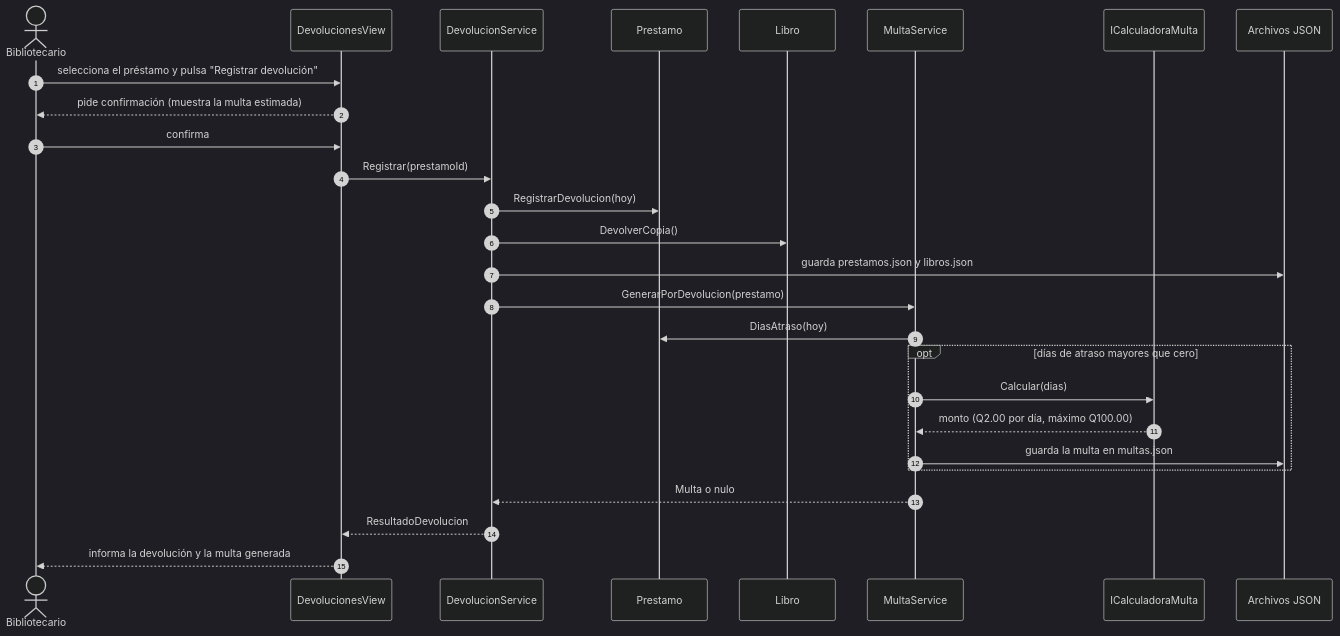
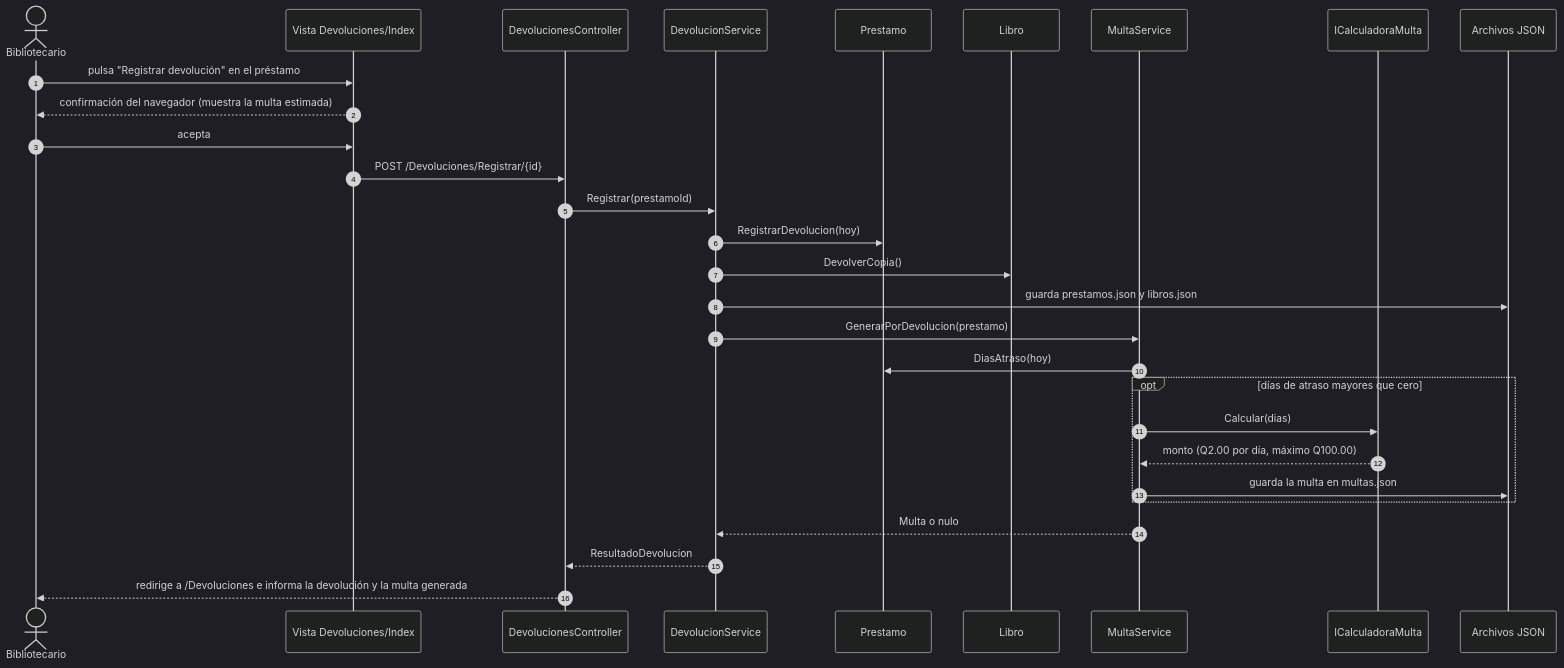
The fifth of 8 diagrams in docs/03-diagramas-uml.md (USPG-Angels-Workspace/sistema-biblioteca), drawn with Mermaid (dark theme) before and after one commit. The commit also changed other lines of this file, not shown here.

Commit message:
docs: actualiza los diagramas de secuencia y arquitectura al patrón MVC y agrega el de controladores

````diff
--- a/docs/03-diagramas-uml.md
+++ b/docs/03-diagramas-uml.md
@@ -310,30 +387,32 @@
 ```mermaid
 sequenceDiagram
     autonumber
     actor B as Bibliotecario
-    participant UI as DevolucionesView
+    participant V as Vista Devoluciones/Index
+    participant C as DevolucionesController
     participant DS as DevolucionService
     participant P as Prestamo
     participant L as Libro
     participant MS as MultaService
-    participant C as ICalculadoraMulta
+    participant K as ICalculadoraMulta
     participant J as Archivos JSON
 
-    B->>UI: selecciona el préstamo y pulsa "Registrar devolución"
-    UI-->>B: pide confirmación (muestra la multa estimada)
-    B->>UI: confirma
-    UI->>DS: Registrar(prestamoId)
+    B->>V: pulsa "Registrar devolución" en el préstamo
+    V-->>B: confirmación del navegador (muestra la multa estimada)
+    B->>V: acepta
+    V->>C: POST /Devoluciones/Registrar/{id}
+    C->>DS: Registrar(prestamoId)
     DS->>P: RegistrarDevolucion(hoy)
     DS->>L: DevolverCopia()
     DS->>J: guarda prestamos.json y libros.json
     DS->>MS: GenerarPorDevolucion(prestamo)
     MS->>P: DiasAtraso(hoy)
     opt días de atraso mayores que cero
-        MS->>C: Calcular(dias)
-        C-->>MS: monto (Q2.00 por día, máximo Q100.00)
+        MS->>K: Calcular(dias)
+        K-->>MS: monto (Q2.00 por día, máximo Q100.00)
         MS->>J: guarda la multa en multas.json
     end
     MS-->>DS: Multa o nulo
-    DS-->>UI: ResultadoDevolucion
-    UI-->>B: informa la devolución y la multa generada
+    DS-->>C: ResultadoDevolucion
+    C-->>B: redirige a /Devoluciones e informa la devolución y la multa generada
 ```
````
